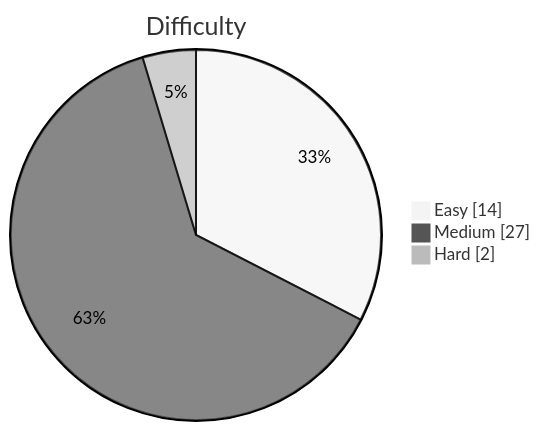
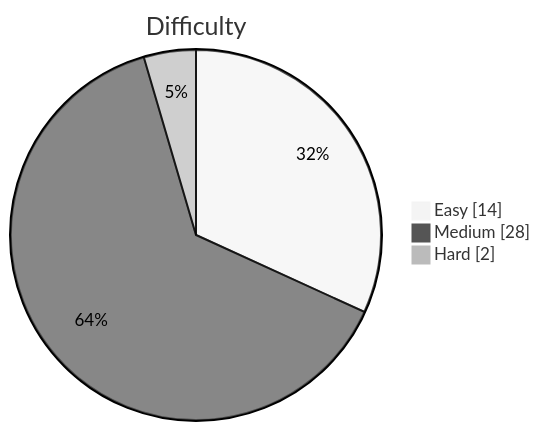
Before and after one commit to kevstevie/python-algo-practice: the diagram in README.md, drawn with Mermaid (neutral theme). The commit also changed other lines of this file, not shown here.

````diff
--- a/README.md
+++ b/README.md
@@ -13,7 +13,7 @@
 ```mermaid
 pie showData
     title Difficulty
     "Easy"   : 14
-    "Medium" : 27
+    "Medium" : 28
     "Hard"   : 2
 ```
````
